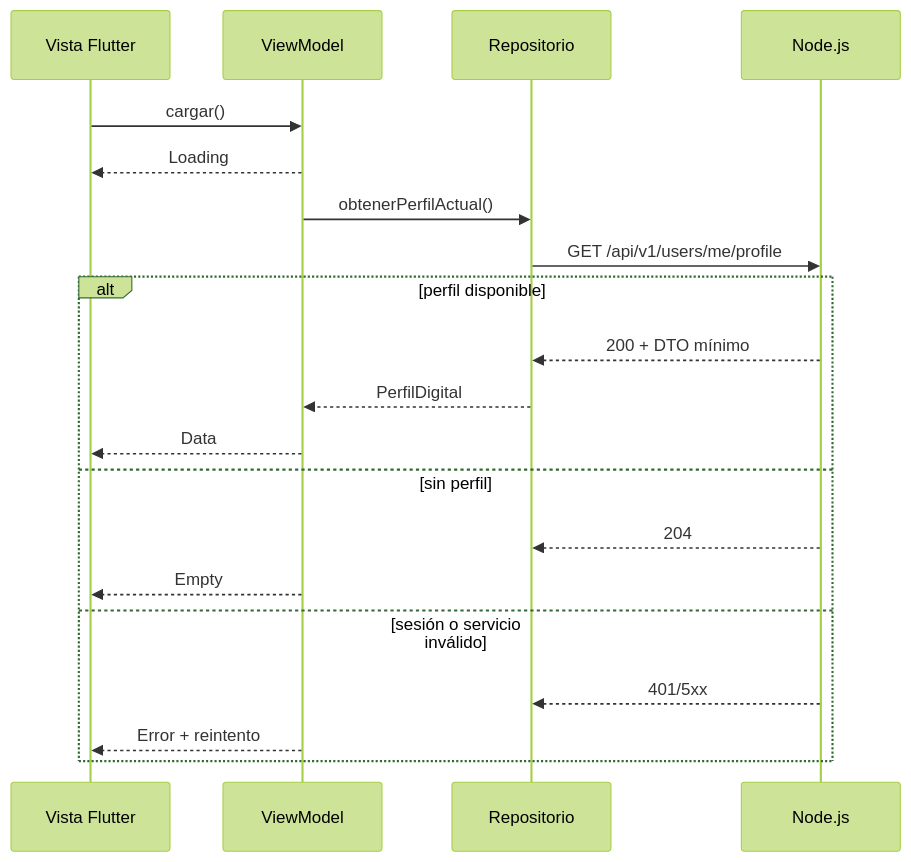
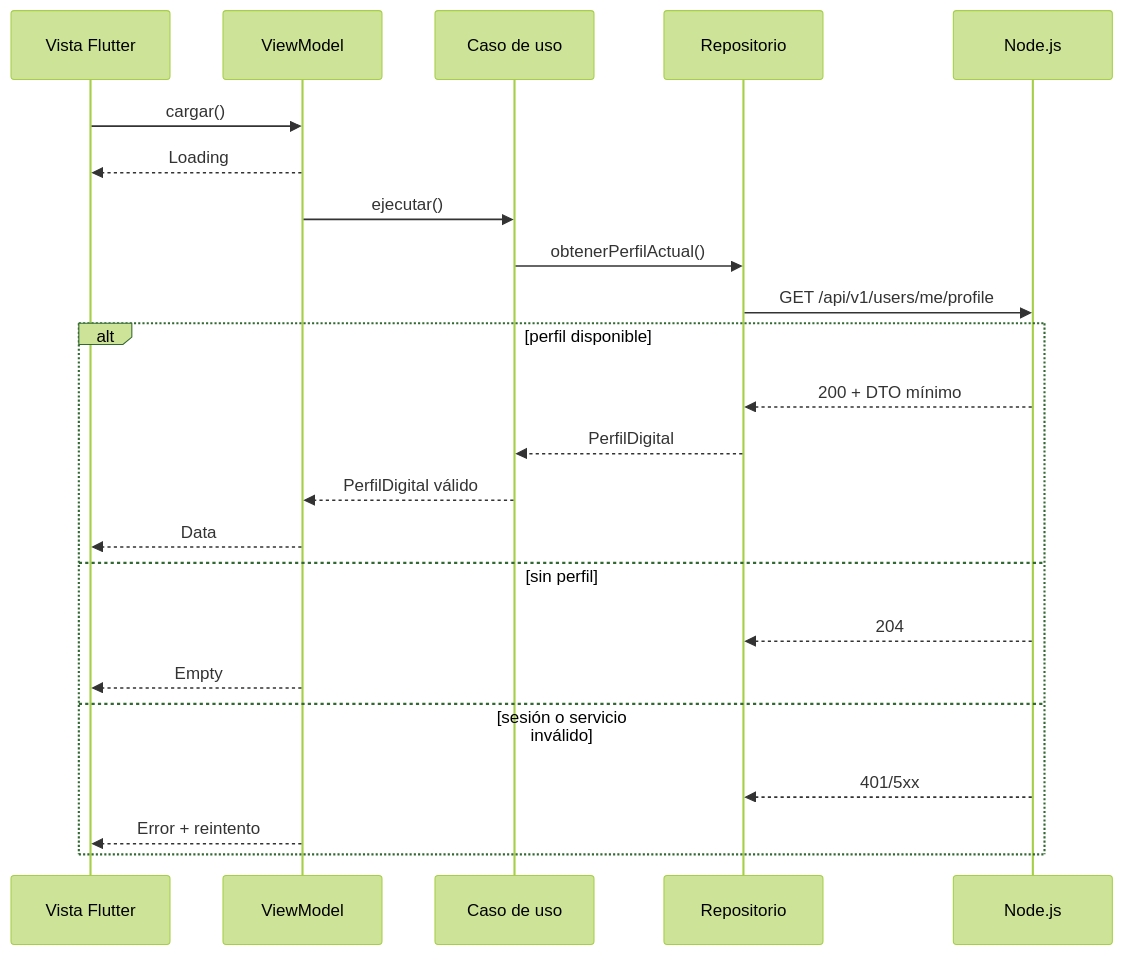
Before and after one commit to CarlosAyala1989/app-seguridad-entrada-upt: the third of 3 diagrams in docs/arquitectura/arquitectura.md, drawn with Mermaid (forest theme). The commit also changed other lines of this file and 4 other files, not shown here.

````diff
--- a/docs/arquitectura/arquitectura.md
+++ b/docs/arquitectura/arquitectura.md
@@ -33,22 +34,25 @@
 ```mermaid
 sequenceDiagram
     participant UI as Vista Flutter
     participant VM as ViewModel
+    participant UC as Caso de uso
     participant RP as Repositorio
     participant API as Node.js
     UI->>VM: cargar()
     VM-->>UI: Loading
-    VM->>RP: obtenerPerfilActual()
+    VM->>UC: ejecutar()
+    UC->>RP: obtenerPerfilActual()
     RP->>API: GET /api/v1/users/me/profile
     alt perfil disponible
         API-->>RP: 200 + DTO mínimo
-        RP-->>VM: PerfilDigital
+        RP-->>UC: PerfilDigital
+        UC-->>VM: PerfilDigital válido
         VM-->>UI: Data
     else sin perfil
         API-->>RP: 204
         VM-->>UI: Empty
     else sesión o servicio inválido
         API-->>RP: 401/5xx
         VM-->>UI: Error + reintento
     end
 ```
````
